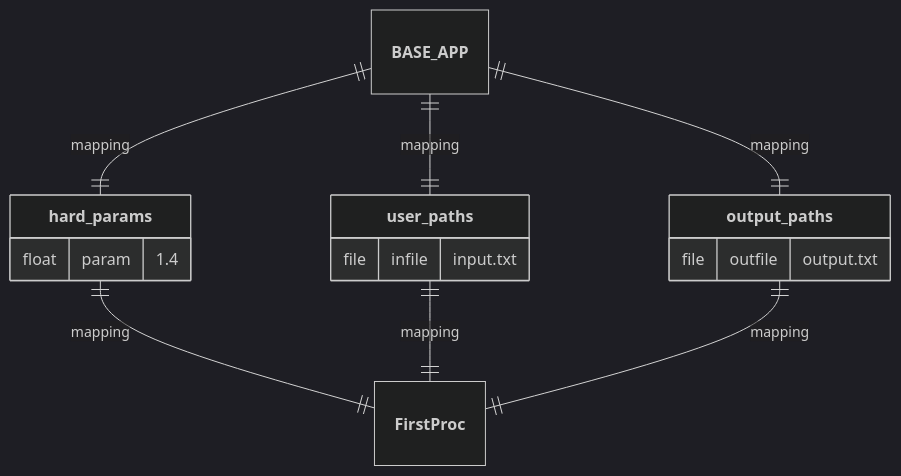
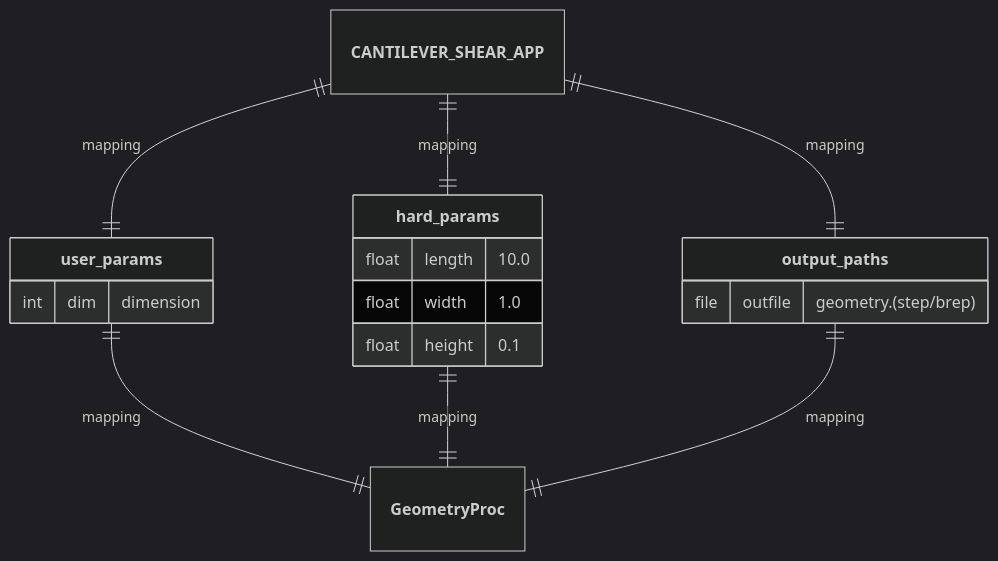
Before and after one commit to nuremics/nuremics-labs: the second of 4 diagrams in src/labs/apps/cms/CANTILEVER_SHEAR_APP/README.md, drawn with Mermaid (dark theme). The commit also changed other lines of this file, not shown here.

Commit message:
add README of CANTLIEVER_SHEAR_APP

````diff
--- a/src/labs/apps/cms/CANTILEVER_SHEAR_APP/README.md
+++ b/src/labs/apps/cms/CANTILEVER_SHEAR_APP/README.md
@@ -28,19 +22,21 @@
 ```mermaid
 erDiagram
-  **BASE_APP** ||--|| **hard_params** : mapping
-  **BASE_APP** ||--|| **user_paths** : mapping
-  **BASE_APP** ||--|| **output_paths** : mapping
-  **hard_params** ||--|| **FirstProc** : mapping
-  **user_paths** ||--|| **FirstProc** : mapping
-  **output_paths** ||--|| **FirstProc** : mapping
+  **CANTILEVER_SHEAR_APP** ||--|| **user_params** : mapping
+  **CANTILEVER_SHEAR_APP** ||--|| **hard_params** : mapping
+  **CANTILEVER_SHEAR_APP** ||--|| **output_paths** : mapping
+  **user_params** ||--|| **GeometryProc** : mapping
+  **hard_params** ||--|| **GeometryProc** : mapping
+  **output_paths** ||--|| **GeometryProc** : mapping
 
+  **user_params** {
+    int dim "dimension"
+  }
   **hard_params** {
-    float param "1.4"
-  }
-  **user_paths** {
-    file infile "input.txt"
+    float length "10.0"
+    float width "1.0"
+    float height "0.1"
   }
   **output_paths** {
-    file outfile "output.txt"
+    file outfile "geometry.(step/brep)"
   }
 ```
````
